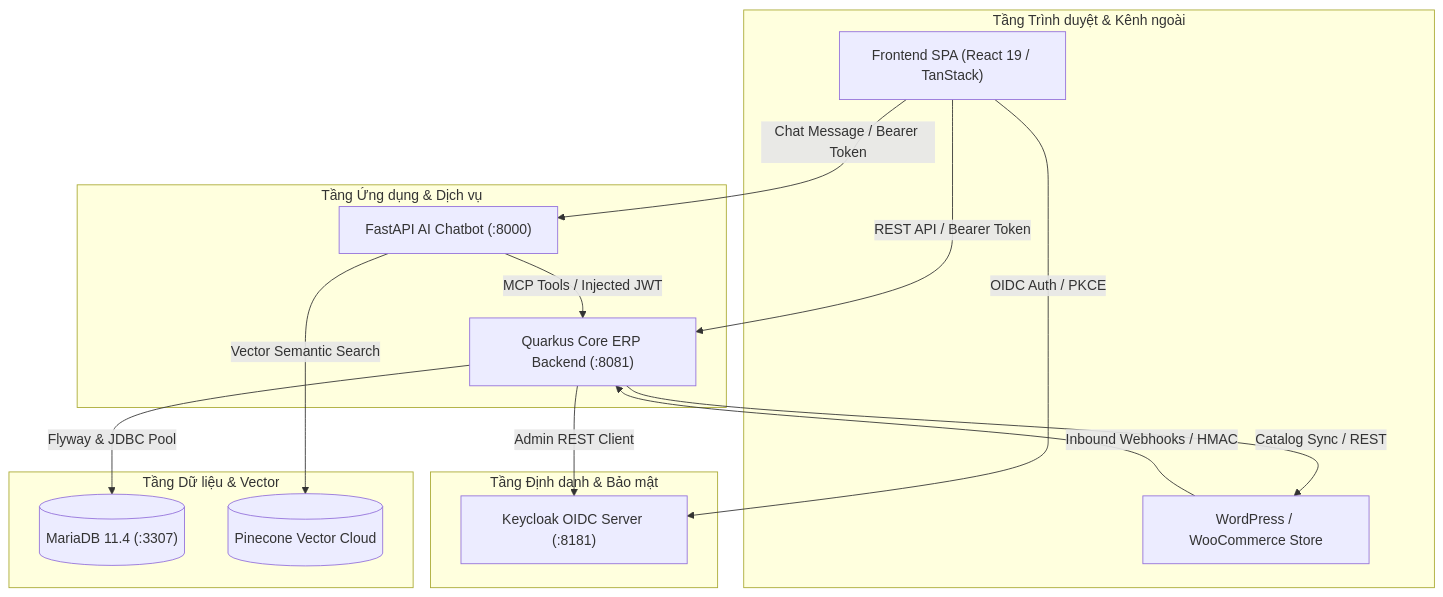
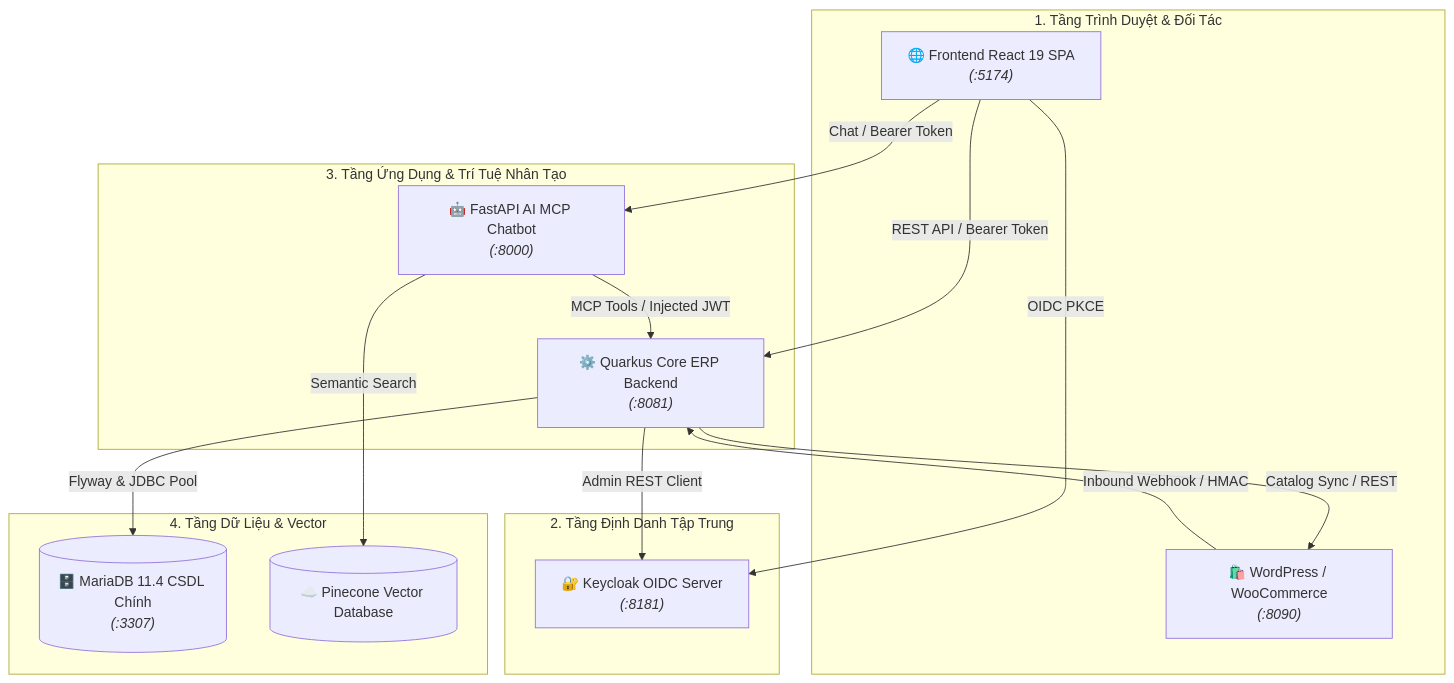
One commit to nhimtjofc/v-erp-lite changed the fifth of 14 diagrams in docs/ARCHITECTURE_ARC42.md. Above: the diagram before and after it, drawn with Mermaid. The commit also changed other lines of this file, not shown here.

````diff
--- a/docs/ARCHITECTURE_ARC42.md
+++ b/docs/ARCHITECTURE_ARC42.md
@@ -230,34 +254,34 @@
 ```mermaid
-graph TD
-    subgraph ClientTier ["Tầng Trình duyệt & Kênh ngoài"]
-        SPA["Frontend SPA (React 19 / TanStack)"]
-        WC["WordPress / WooCommerce Store"]
+flowchart TB
+    subgraph ClientLayer ["1. Tầng Trình Duyệt & Đối Tác"]
+        SPA["🌐 Frontend React 19 SPA<br><i>(:5174)</i>"]
+        WC["🛍️ WordPress / WooCommerce<br><i>(:8090)</i>"]
     end
 
-    subgraph SecurityTier ["Tầng Định danh & Bảo mật"]
-        KC["Keycloak OIDC Server (:8181)"]
+    subgraph AuthLayer ["2. Tầng Định Danh Tập Trung"]
+        KC["🔐 Keycloak OIDC Server<br><i>(:8181)</i>"]
     end
 
-    subgraph AppTier ["Tầng Ứng dụng & Dịch vụ"]
-        QuarkusApp["Quarkus Core ERP Backend (:8081)"]
-        FastAPIChat["FastAPI AI Chatbot (:8000)"]
+    subgraph AppLayer ["3. Tầng Ứng Dụng & Trí Tuệ Nhân Tạo"]
+        QuarkusApp["⚙️ Quarkus Core ERP Backend<br><i>(:8081)</i>"]
+        FastAPIChat["🤖 FastAPI AI MCP Chatbot<br><i>(:8000)</i>"]
     end
 
-    subgraph DataTier ["Tầng Dữ liệu & Vector"]
-        MariaDB[("MariaDB 11.4 (:3307)")]
-        Pinecone[("Pinecone Vector Cloud")]
+    subgraph DataLayer ["4. Tầng Dữ Liệu & Vector"]
+        MariaDB[("🗄️ MariaDB 11.4 CSDL Chính<br><i>(:3307)</i>")]
+        Pinecone[("☁️ Pinecone Vector Database")]
     end
 
-    SPA -->|OIDC Auth / PKCE| KC
-    SPA -->|REST API / Bearer Token| QuarkusApp
-    SPA -->|Chat Message / Bearer Token| FastAPIChat
+    SPA -->|"OIDC PKCE"| KC
+    SPA -->|"REST API / Bearer Token"| QuarkusApp
+    SPA -->|"Chat / Bearer Token"| FastAPIChat
 
-    WC -->|Inbound Webhooks / HMAC| QuarkusApp
-    QuarkusApp -->|Catalog Sync / REST| WC
+    WC -->|"Inbound Webhook / HMAC"| QuarkusApp
+    QuarkusApp -->|"Catalog Sync / REST"| WC
 
-    FastAPIChat -->|MCP Tools / Injected JWT| QuarkusApp
-    FastAPIChat -->|Vector Semantic Search| Pinecone
+    FastAPIChat -->|"MCP Tools / Injected JWT"| QuarkusApp
+    FastAPIChat -->|"Semantic Search"| Pinecone
 
-    QuarkusApp -->|Admin REST Client| KC
-    QuarkusApp -->|Flyway & JDBC Pool| MariaDB
+    QuarkusApp -->|"Admin REST Client"| KC
+    QuarkusApp -->|"Flyway & JDBC Pool"| MariaDB
 ```
````
